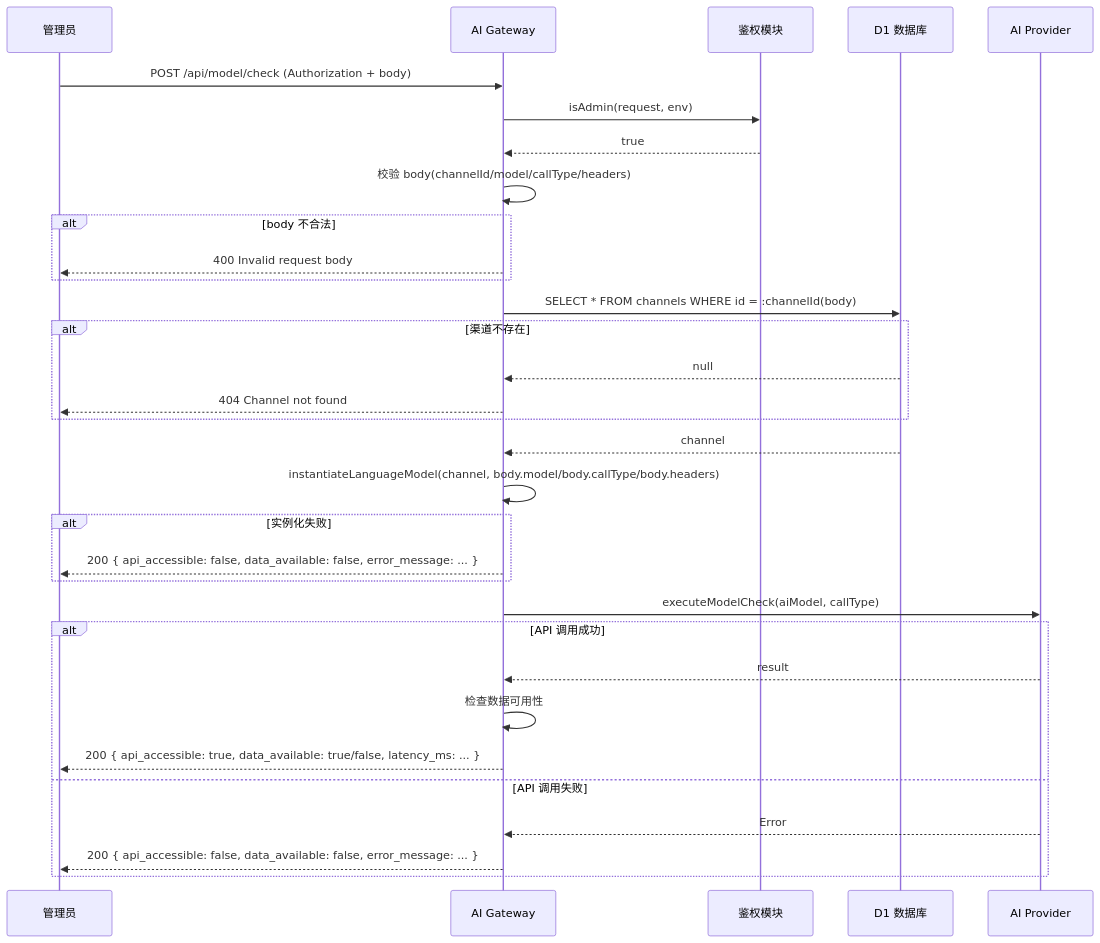
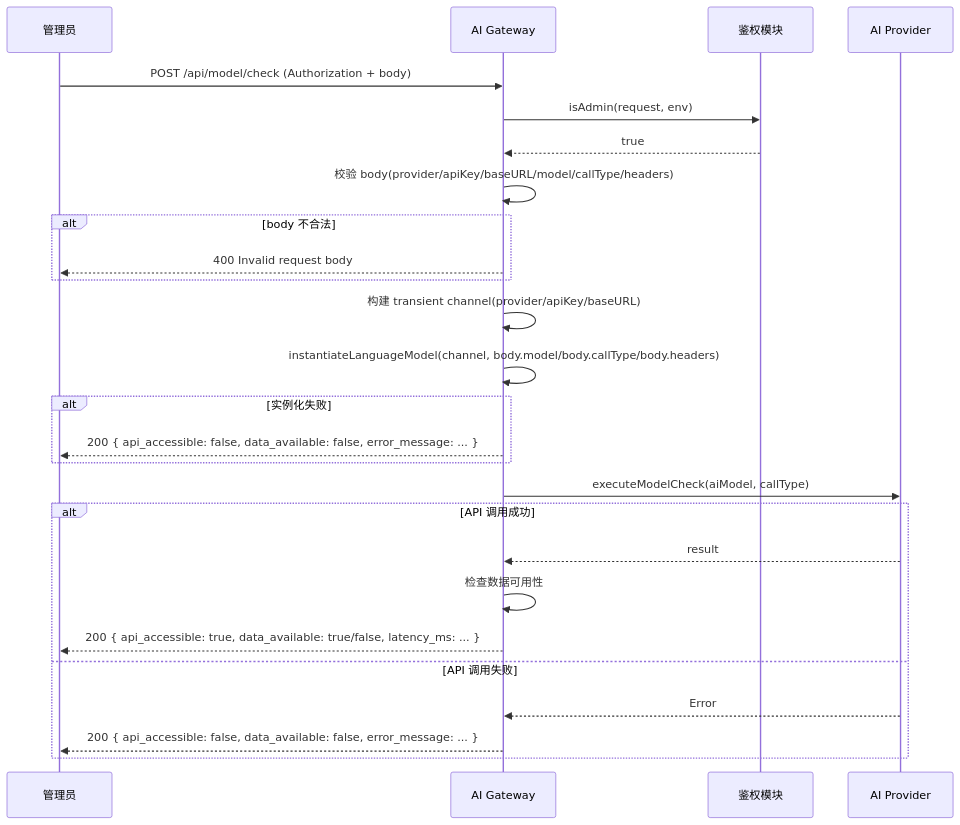
Before and after one commit to excing/open-ai-gateway: the fifth of 10 diagrams in DEVELOPMENT.md, drawn with Mermaid. The commit also changed other lines of this file and 1 other file, not shown here.

Commit message:
refactor: update API endpoints to use POST for channel model retrieval and enhance request handling

````diff
--- a/DEVELOPMENT.md
+++ b/DEVELOPMENT.md
@@ -1652,35 +1705,29 @@
 ```mermaid
 sequenceDiagram
     participant A as 管理员
     participant GW as AI Gateway
     participant Auth as 鉴权模块
-    participant DB as D1 数据库
     participant AI as AI Provider
 
     A->>GW: POST /api/model/check (Authorization + body)
     GW->>Auth: isAdmin(request, env)
     Auth-->>GW: true
-    GW->>GW: 校验 body(channelId/model/callType/headers)
+    GW->>GW: 校验 body(provider/apiKey/baseURL/model/callType/headers)
     alt body 不合法
         GW-->>A: 400 Invalid request body
     end
-    GW->>DB: SELECT * FROM channels WHERE id = :channelId(body)
-    alt 渠道不存在
-        DB-->>GW: null
-        GW-->>A: 404 Channel not found
-    end
-    DB-->>GW: channel
+    GW->>GW: 构建 transient channel(provider/apiKey/baseURL)
     GW->>GW: instantiateLanguageModel(channel, body.model/body.callType/body.headers)
     alt 实例化失败
         GW-->>A: 200 { api_accessible: false, data_available: false, error_message: ... }
     end
     GW->>AI: executeModelCheck(aiModel, callType)
     alt API 调用成功
         AI-->>GW: result
         GW->>GW: 检查数据可用性
         GW-->>A: 200 { api_accessible: true, data_available: true/false, latency_ms: ... }
     else API 调用失败
         AI-->>GW: Error
         GW-->>A: 200 { api_accessible: false, data_available: false, error_message: ... }
     end
 ```
````
